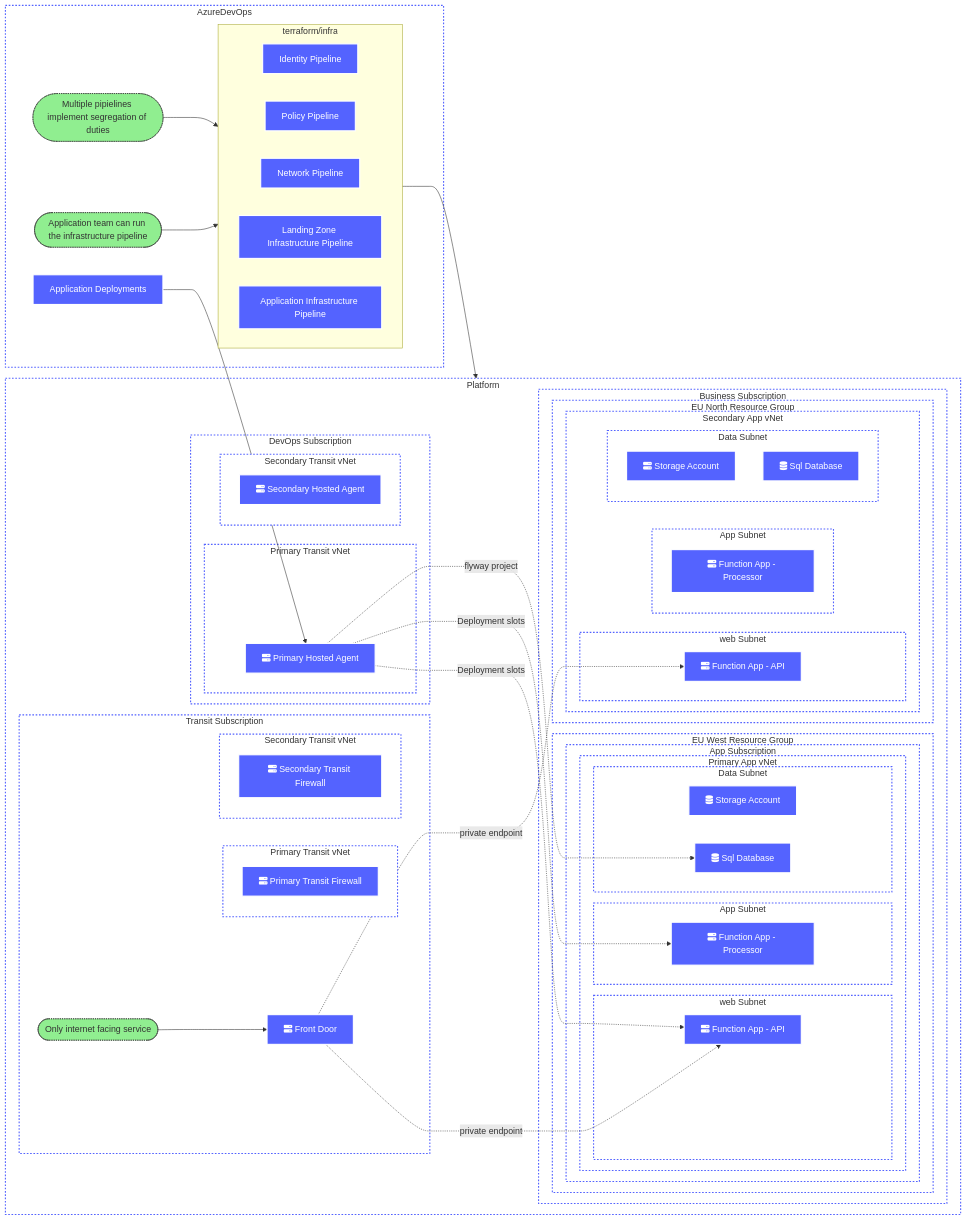
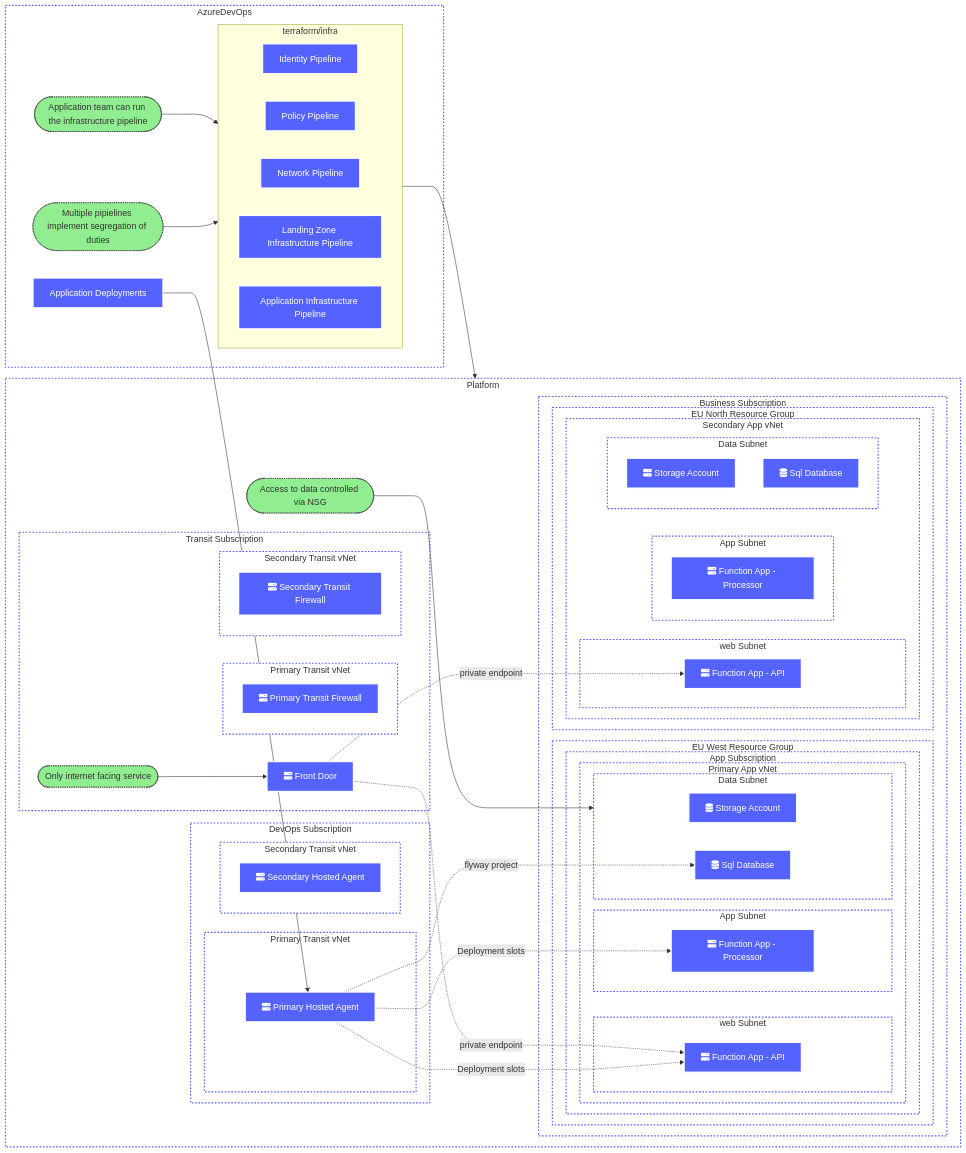
Before and after one commit to dermotreynolds/data.io.docs: the third of 4 diagrams in other/solution-design-example.md, drawn with Mermaid.

```diff
--- a/other/solution-design-example.md
+++ b/other/solution-design-example.md
@@ -284,6 +284,8 @@
             end            
         end
 
+        Good3([Access to data controlled via NSG]):::GoodCalloutClass
+        Good3 --> Group13
 
         subgraph Group103[Business Subscription]
             subgraph Group2[EU West Resource Group]
@@ -296,6 +298,7 @@
                         subgraph Group12[App Subnet]
                             d202[fa:fa-server Function App - Processor]:::DeviceClass
                         end
+
 
                         subgraph Group13[Data Subnet]
                             d203[fa:fa-database Storage Account]:::DeviceClass
```
